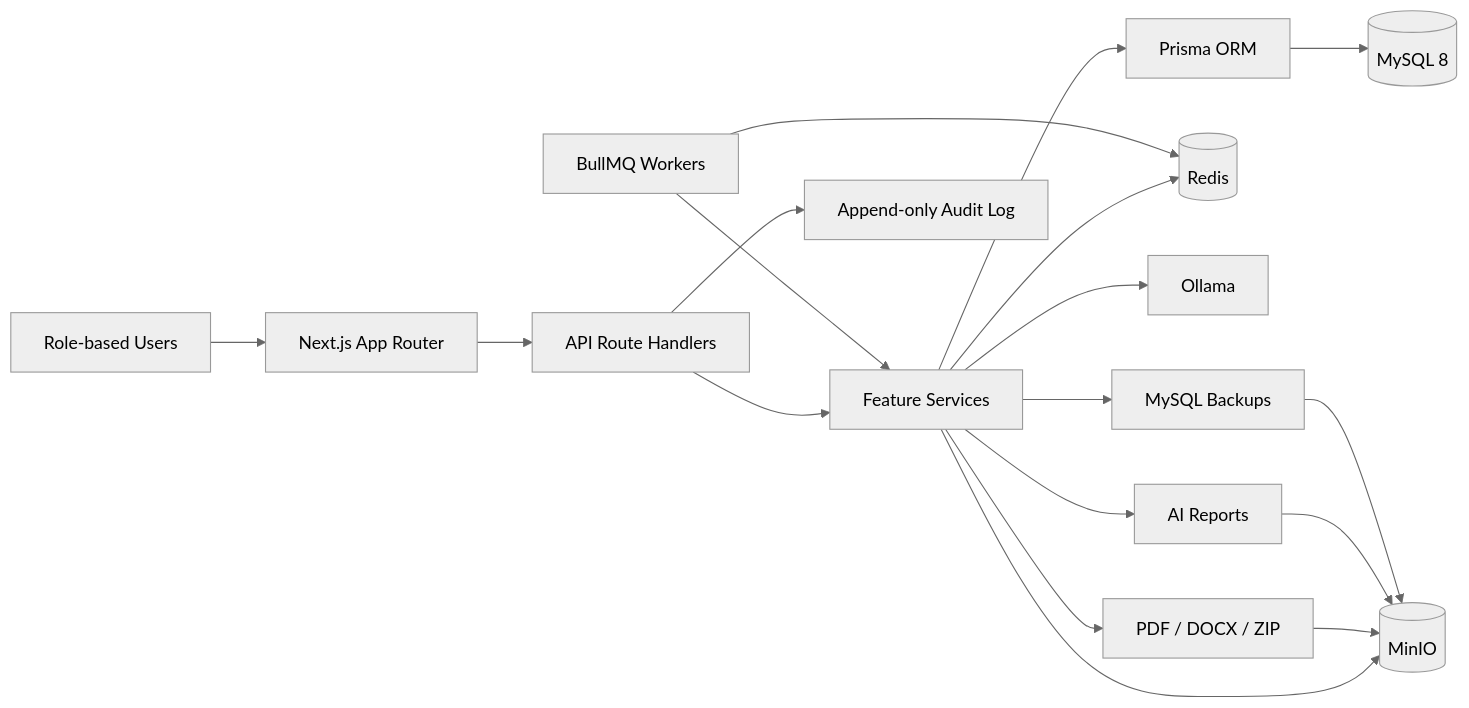
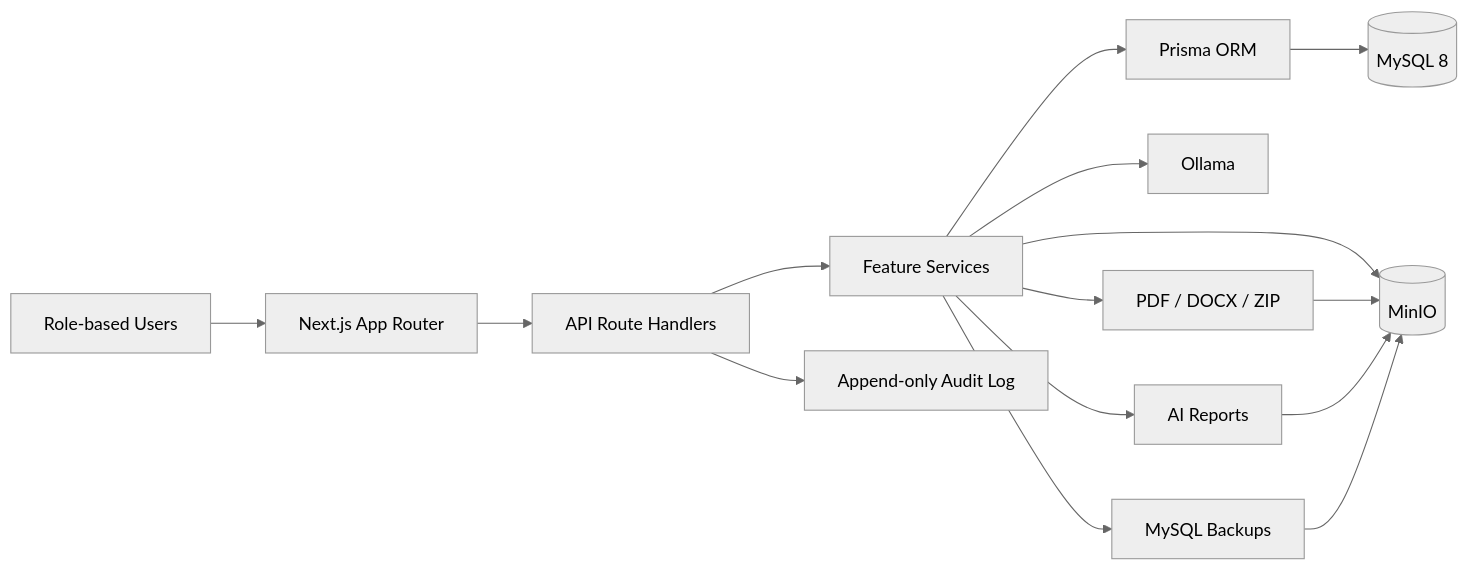
One commit to Newer1107/EMQPGS changed the diagram in docs/architecture-diagram.md. Above: the diagram before and after it, drawn with Mermaid (neutral theme). The commit also changed 29 other files, not shown here.

````diff
--- a/docs/architecture-diagram.md
+++ b/docs/architecture-diagram.md
@@ -3,20 +3,17 @@
 ```mermaid
 flowchart LR
   Users[Role-based Users] --> Next[Next.js App Router]
   Next --> API[API Route Handlers]
   API --> Services[Feature Services]
   Services --> Prisma[Prisma ORM]
   Prisma --> MySQL[(MySQL 8)]
-  Services --> Redis[(Redis)]
   Services --> MinIO[(MinIO)]
   Services --> Ollama[Ollama]
   API --> Audit[Append-only Audit Log]
-  Workers[BullMQ Workers] --> Services
-  Workers --> Redis
   Services --> Exports[PDF / DOCX / ZIP]
   Exports --> MinIO
   Services --> Reports[AI Reports]
   Reports --> MinIO
   Services --> Backups[MySQL Backups]
   Backups --> MinIO
 ```
````
